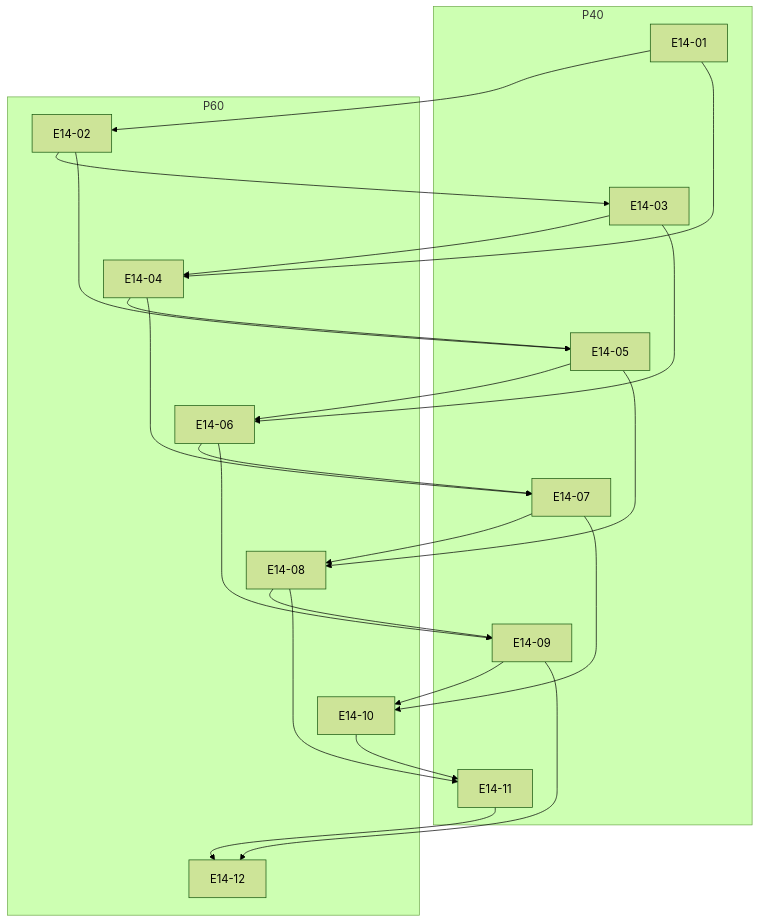
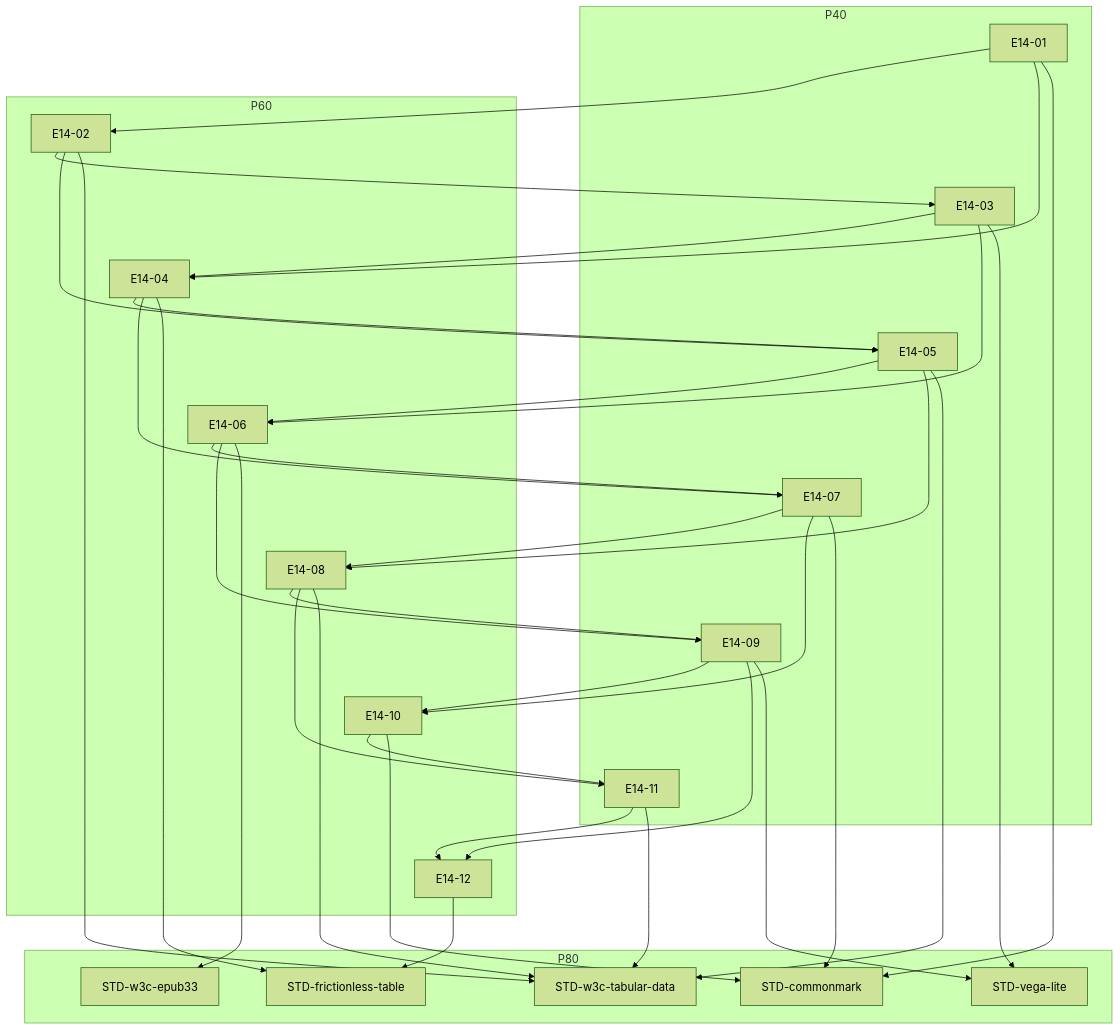
One commit to Monyeah777/NarrativeForge changed the diagram in community/数据分析与决策支持域包/outputs/charts/CONCEPT_DAG.mmd. Above: the diagram before and after it, drawn with Mermaid (forest theme). The commit also changed 721 other files, not shown here.

```diff
--- a/community/数据分析与决策支持域包/outputs/charts/CONCEPT_DAG.mmd
+++ b/community/数据分析与决策支持域包/outputs/charts/CONCEPT_DAG.mmd
@@ -1,38 +1,57 @@
 %% 概念前置图（由 community/数据分析与决策支持域包/assets/CONCEPT_GRAPH.md 确定性派生；唯一机读真相在资产 §4 围栏块）
 flowchart TD
   subgraph P40[P40]
     E14-01
     E14-03
     E14-05
     E14-07
     E14-09
     E14-11
   end
   subgraph P60[P60]
     E14-02
     E14-04
     E14-06
     E14-08
     E14-10
     E14-12
+  end
+  subgraph P80[P80]
+    STD-commonmark
+    STD-frictionless-table
+    STD-vega-lite
+    STD-w3c-epub33
+    STD-w3c-tabular-data
   end
   E14-01 --> E14-02
   E14-02 --> E14-03
   E14-03 --> E14-04
   E14-01 --> E14-04
   E14-04 --> E14-05
   E14-02 --> E14-05
   E14-05 --> E14-06
   E14-03 --> E14-06
   E14-06 --> E14-07
   E14-04 --> E14-07
   E14-07 --> E14-08
   E14-05 --> E14-08
   E14-08 --> E14-09
   E14-06 --> E14-09
   E14-09 --> E14-10
   E14-07 --> E14-10
   E14-10 --> E14-11
   E14-08 --> E14-11
   E14-11 --> E14-12
   E14-09 --> E14-12
+  E14-01 --> STD-commonmark
+  E14-07 --> STD-commonmark
+  E14-10 --> STD-commonmark
+  E14-04 --> STD-frictionless-table
+  E14-12 --> STD-frictionless-table
+  E14-03 --> STD-vega-lite
+  E14-09 --> STD-vega-lite
+  E14-06 --> STD-w3c-epub33
+  E14-02 --> STD-w3c-tabular-data
+  E14-05 --> STD-w3c-tabular-data
+  E14-08 --> STD-w3c-tabular-data
+  E14-11 --> STD-w3c-tabular-data
```
